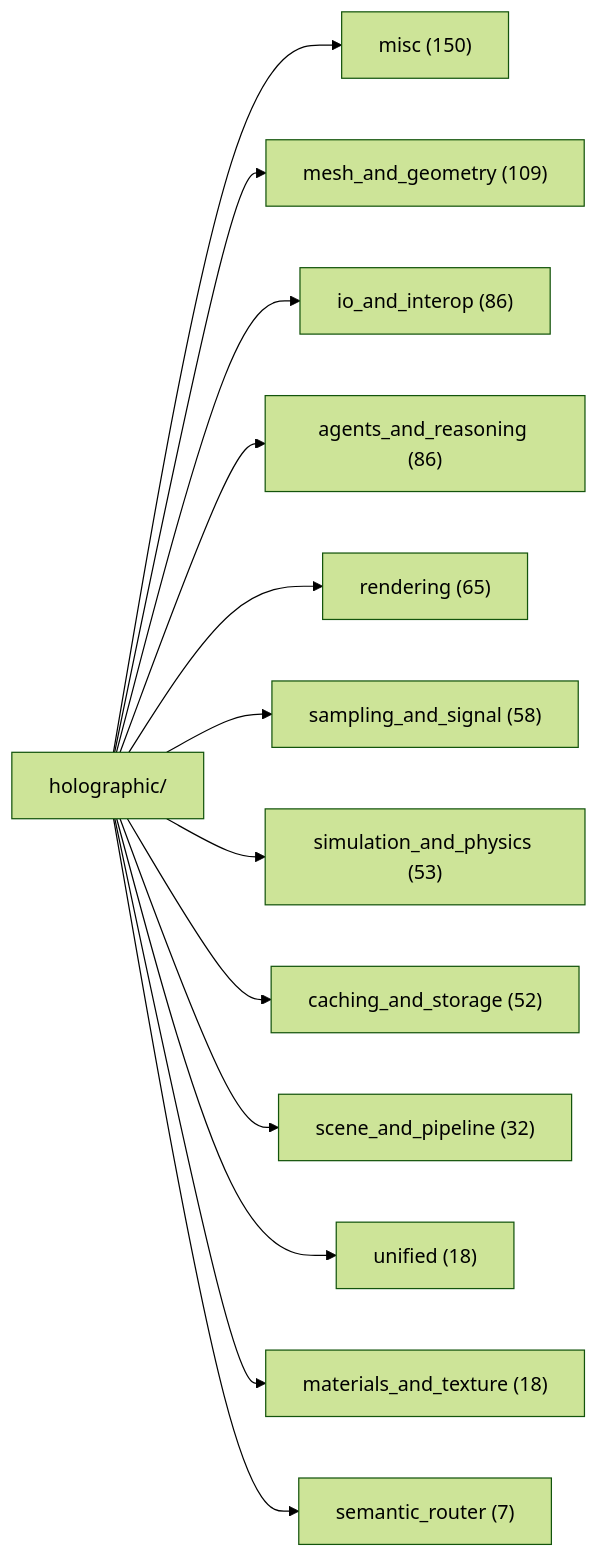
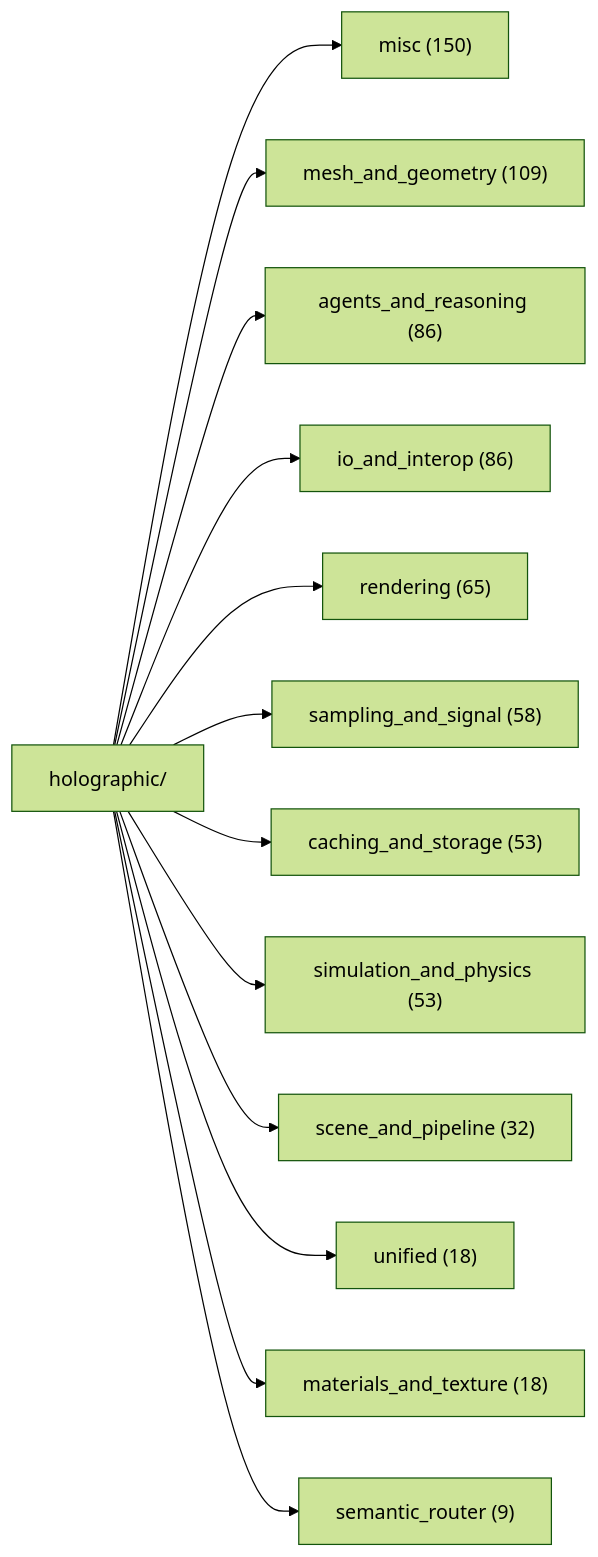
One commit to AnOversizedMooseWithSocks/leCore changed the first of 2 diagrams in docs/DOC_MAP.md. Above: the diagram before and after it, drawn with Mermaid (forest theme). The commit also changed other lines of this file and 4 other files, not shown here.

````diff
--- a/docs/DOC_MAP.md
+++ b/docs/DOC_MAP.md
@@ -35,16 +35,16 @@
 ```mermaid
 graph LR
     H[holographic/]
     H --> misc["misc (150)"]
     H --> mesh["mesh_and_geometry (109)"]
+    H --> agen["agents_and_reasoning (86)"]
     H --> io_a["io_and_interop (86)"]
-    H --> agen["agents_and_reasoning (86)"]
     H --> rend["rendering (65)"]
     H --> samp["sampling_and_signal (58)"]
+    H --> cach["caching_and_storage (53)"]
     H --> simu["simulation_and_physics (53)"]
-    H --> cach["caching_and_storage (52)"]
     H --> scen["scene_and_pipeline (32)"]
     H --> unif["unified (18)"]
     H --> mate["materials_and_texture (18)"]
-    H --> sema["semantic_router (7)"]
+    H --> sema["semantic_router (9)"]
 ```
````
